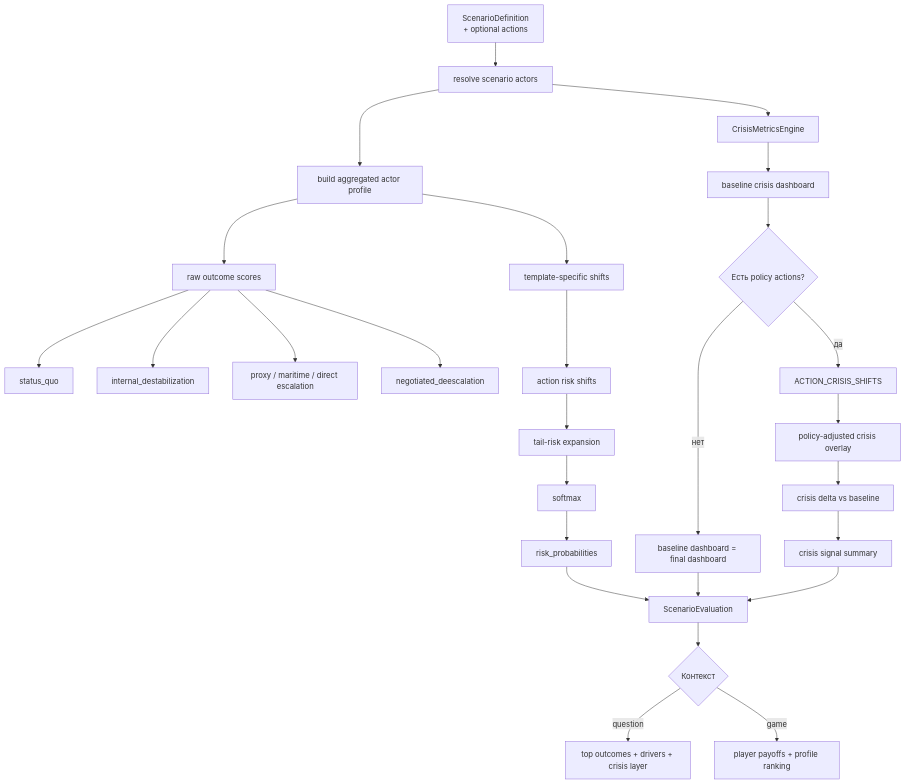
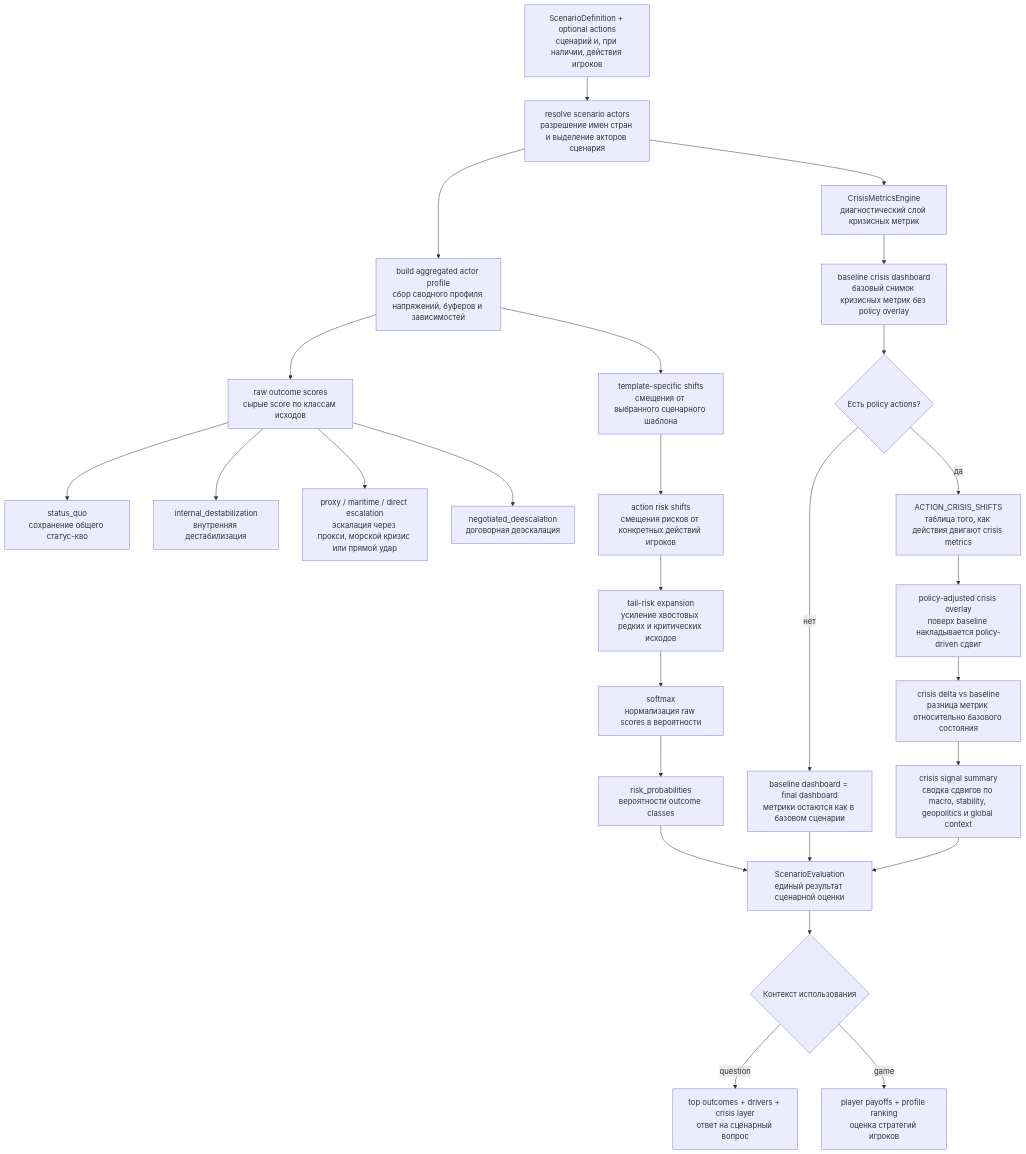
Before and after one commit to Theclimateguy/GIM: the third of 4 diagrams in GIM13_simulation_flow.md, drawn with Mermaid. The commit also changed other lines of this file, not shown here.

Commit message:
Expand GIM13 simulation flow documentation

````diff
--- a/GIM13_simulation_flow.md
+++ b/GIM13_simulation_flow.md
@@ -40,35 +82,35 @@
 ```mermaid
 flowchart TD
-    A["ScenarioDefinition<br/>+ optional actions"] --> B["resolve scenario actors"]
-    B --> C["build aggregated actor profile"]
+    A["ScenarioDefinition + optional actions<br/>сценарий и, при наличии, действия игроков"] --> B["resolve scenario actors<br/>разрешение имен стран и выделение акторов сценария"]
+    B --> C["build aggregated actor profile<br/>сбор сводного профиля напряжений, буферов и зависимостей"]
 
-    C --> D["raw outcome scores"]
-    D --> D1["status_quo"]
-    D --> D2["internal_destabilization"]
-    D --> D3["proxy / maritime / direct escalation"]
-    D --> D4["negotiated_deescalation"]
+    C --> D["raw outcome scores<br/>сырые score по классам исходов"]
+    D --> D1["status_quo<br/>сохранение общего статус-кво"]
+    D --> D2["internal_destabilization<br/>внутренняя дестабилизация"]
+    D --> D3["proxy / maritime / direct escalation<br/>эскалация через прокси, морской кризис или прямой удар"]
+    D --> D4["negotiated_deescalation<br/>договорная деэскалация"]
 
-    C --> E["template-specific shifts"]
-    E --> F["action risk shifts"]
-    F --> G["tail-risk expansion"]
-    G --> H["softmax"]
-    H --> I["risk_probabilities"]
+    C --> E["template-specific shifts<br/>смещения от выбранного сценарного шаблона"]
+    E --> F["action risk shifts<br/>смещения рисков от конкретных действий игроков"]
+    F --> G["tail-risk expansion<br/>усиление хвостовых редких и критических исходов"]
+    G --> H["softmax<br/>нормализация raw scores в вероятности"]
+    H --> I["risk_probabilities<br/>вероятности outcome classes"]
 
-    B --> J["CrisisMetricsEngine"]
-    J --> K["baseline crisis dashboard"]
+    B --> J["CrisisMetricsEngine<br/>диагностический слой кризисных метрик"]
+    J --> K["baseline crisis dashboard<br/>базовый снимок кризисных метрик без policy overlay"]
 
     K --> L{"Есть policy actions?"}
-    L -->|нет| M["baseline dashboard = final dashboard"]
-    L -->|да| N["ACTION_CRISIS_SHIFTS"]
-    N --> O["policy-adjusted crisis overlay"]
-    O --> P["crisis delta vs baseline"]
-    P --> Q["crisis signal summary"]
+    L -->|нет| M["baseline dashboard = final dashboard<br/>метрики остаются как в базовом сценарии"]
+    L -->|да| N["ACTION_CRISIS_SHIFTS<br/>таблица того, как действия двигают crisis metrics"]
+    N --> O["policy-adjusted crisis overlay<br/>поверх baseline накладывается policy-driven сдвиг"]
+    O --> P["crisis delta vs baseline<br/>разница метрик относительно базового состояния"]
+    P --> Q["crisis signal summary<br/>сводка сдвигов по macro, stability, geopolitics и global context"]
 
-    I --> R["ScenarioEvaluation"]
+    I --> R["ScenarioEvaluation<br/>единый результат сценарной оценки"]
     M --> R
     Q --> R
 
-    R --> S{"Контекст"}
-    S -->|question| T["top outcomes + drivers + crisis layer"]
-    S -->|game| U["player payoffs + profile ranking"]
+    R --> S{"Контекст использования"}
+    S -->|question| T["top outcomes + drivers + crisis layer<br/>ответ на сценарный вопрос"]
+    S -->|game| U["player payoffs + profile ranking<br/>оценка стратегий игроков"]
 ```
````
